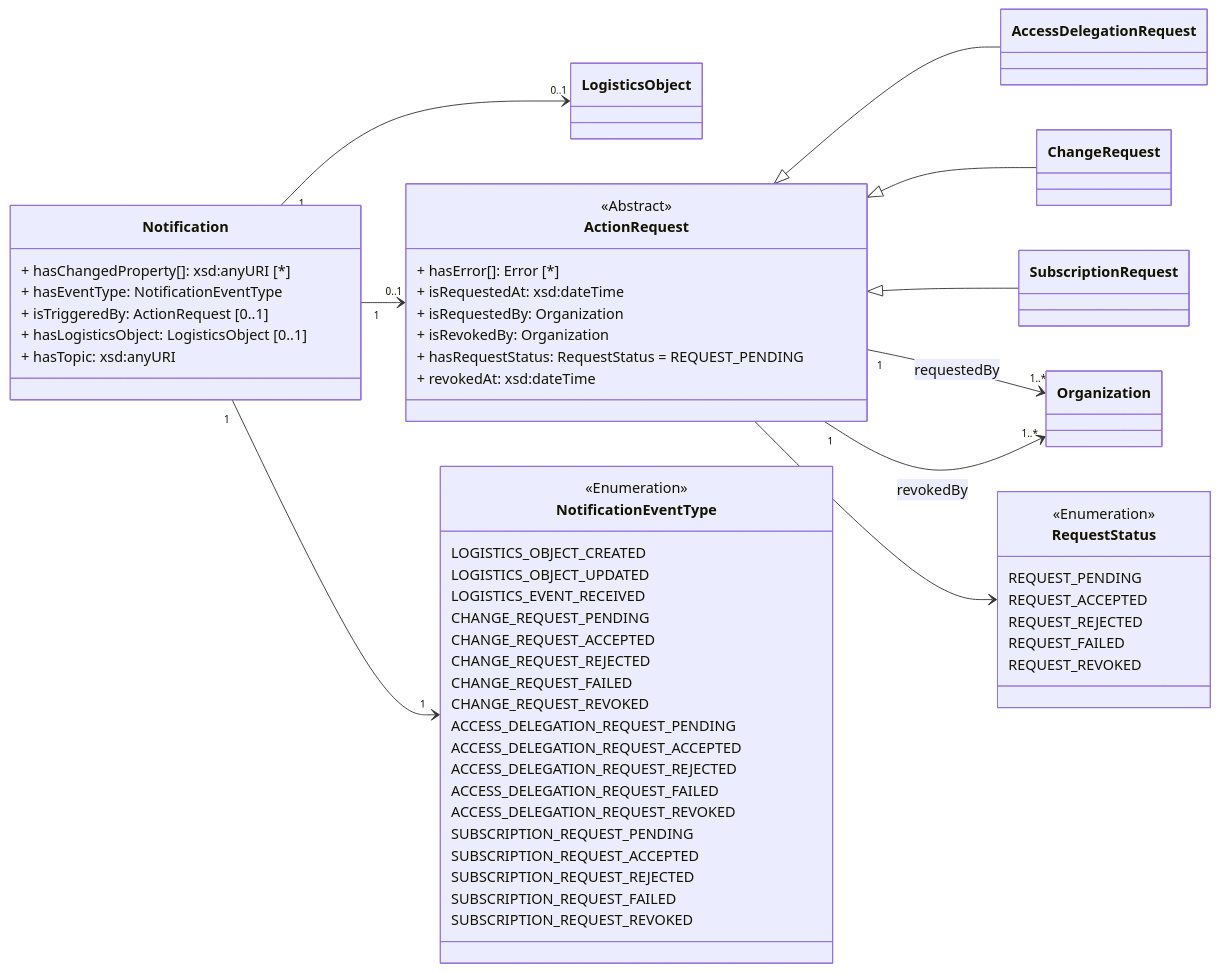
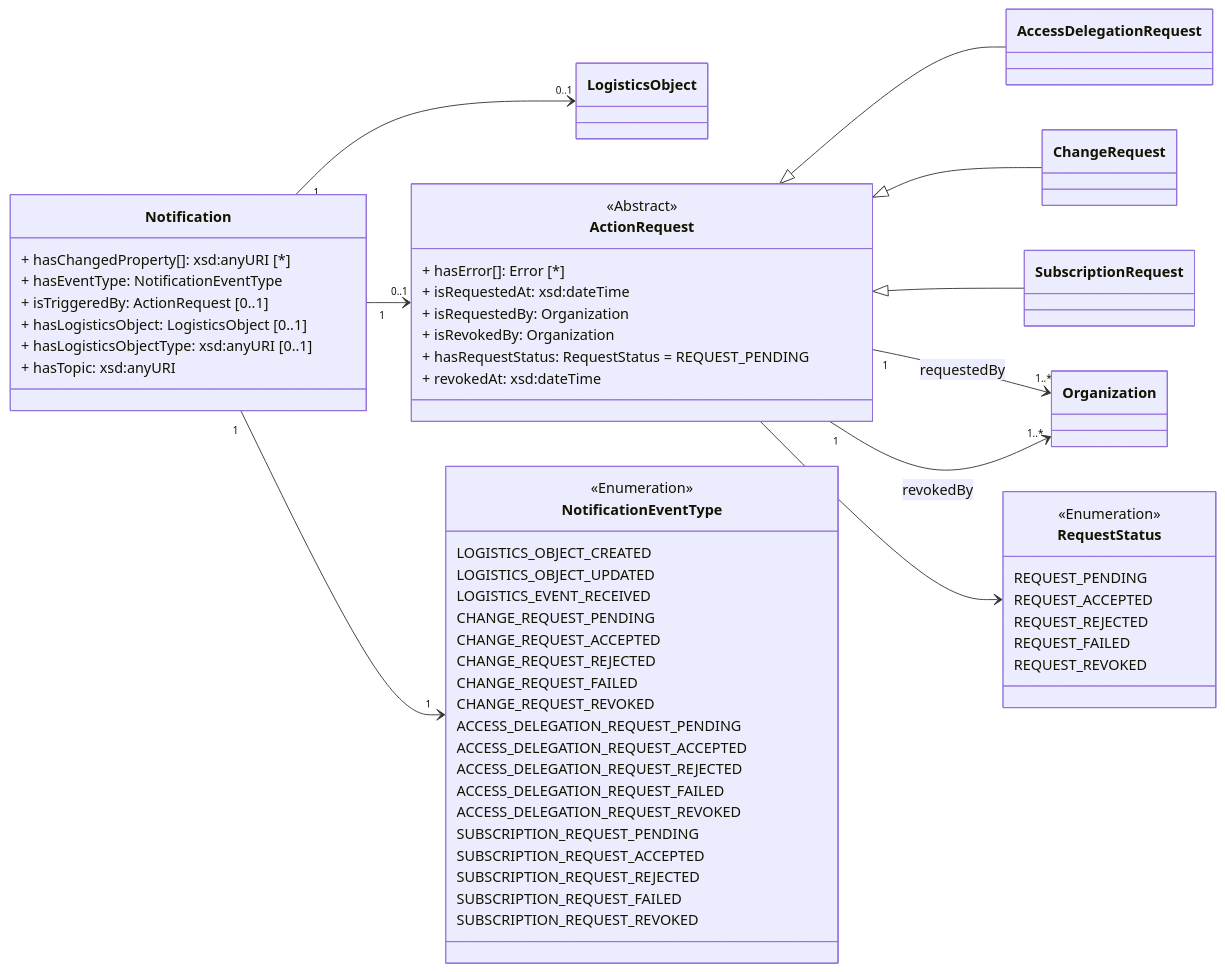
One commit to IATA-Cargo/ONE-Record changed the diagram in working_draft/API/docs/notifications.md. Above: the diagram before and after it, drawn with Mermaid. The commit also changed other lines of this file and 41 other files, not shown here.

````diff
--- a/working_draft/API/docs/notifications.md
+++ b/working_draft/API/docs/notifications.md
@@ -12,76 +12,77 @@
 ```mermaid
     classDiagram
 
     direction LR   
 
     class LogisticsObject{                
     }
 
     class Organization{        
     }  
 
     class ActionRequest {
         <<Abstract>>         
         + hasError[]: Error [*]
         + isRequestedAt: xsd:dateTime         
         + isRequestedBy: Organization            
         + isRevokedBy: Organization 
         + hasRequestStatus: RequestStatus = REQUEST_PENDING
         + revokedAt: xsd:dateTime                 
     }
     ActionRequest <|-- AccessDelegationRequest
     ActionRequest <|-- ChangeRequest
     ActionRequest <|-- SubscriptionRequest
 
     ActionRequest "1" --> "1..*" Organization : requestedBy    
     ActionRequest --> RequestStatus                
     ActionRequest "1" --> "1..*" Organization : revokedBy
 
     class Notification{
         + hasChangedProperty[]: xsd:anyURI [*]        
         + hasEventType: NotificationEventType
         + isTriggeredBy: ActionRequest [0..1]  
-        + hasLogisticsObject: LogisticsObject [0..1]                
+        + hasLogisticsObject: LogisticsObject [0..1]
+        + hasLogisticsObjectType: xsd:anyURI [0..1]                
         + hasTopic: xsd:anyURI
         
     }
     Notification "1"--> "0..1" LogisticsObject
     Notification "1" --> "1" NotificationEventType
     Notification "1" --> "0..1" ActionRequest  
 
     class NotificationEventType{
         <<Enumeration>>
         LOGISTICS_OBJECT_CREATED
         LOGISTICS_OBJECT_UPDATED
 
         LOGISTICS_EVENT_RECEIVED
 
         CHANGE_REQUEST_PENDING
         CHANGE_REQUEST_ACCEPTED                
         CHANGE_REQUEST_REJECTED
         CHANGE_REQUEST_FAILED        
         CHANGE_REQUEST_REVOKED
         
 
         ACCESS_DELEGATION_REQUEST_PENDING
         ACCESS_DELEGATION_REQUEST_ACCEPTED                
         ACCESS_DELEGATION_REQUEST_REJECTED
         ACCESS_DELEGATION_REQUEST_FAILED
         ACCESS_DELEGATION_REQUEST_REVOKED
 
         SUBSCRIPTION_REQUEST_PENDING
         SUBSCRIPTION_REQUEST_ACCEPTED                
         SUBSCRIPTION_REQUEST_REJECTED
         SUBSCRIPTION_REQUEST_FAILED
         SUBSCRIPTION_REQUEST_REVOKED
     }
 
     class RequestStatus{
         <<Enumeration>>
         REQUEST_PENDING
         REQUEST_ACCEPTED
         REQUEST_REJECTED
         REQUEST_FAILED
         REQUEST_REVOKED        
     }
 ```
````
